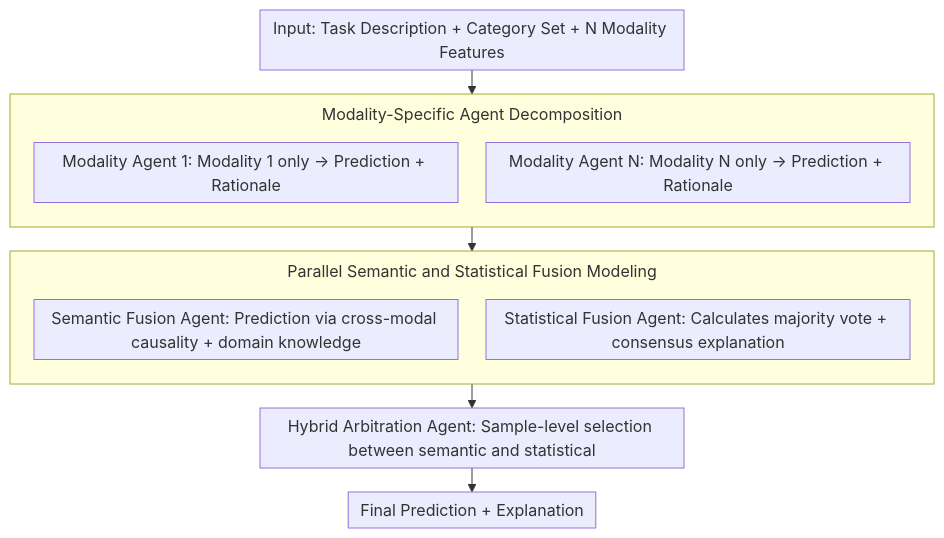
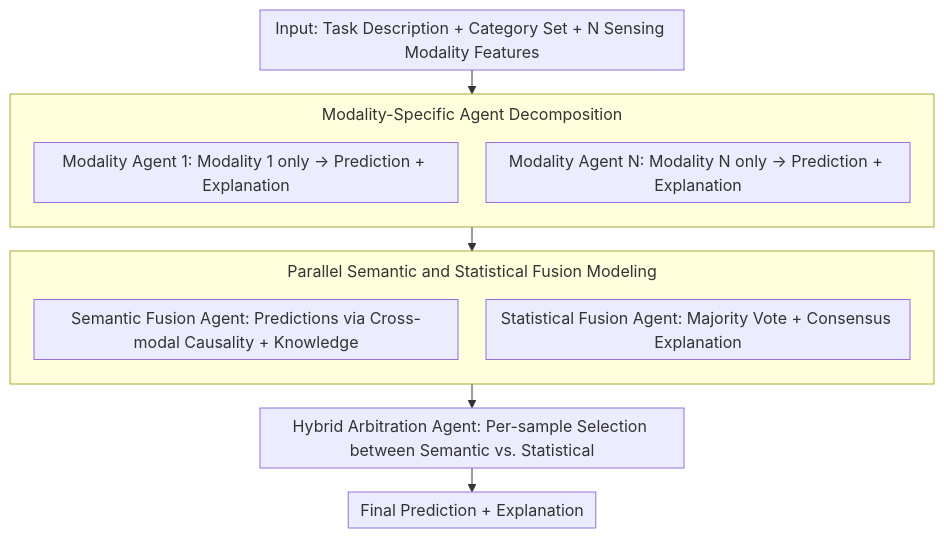
The diagram in docs/ACL2026/multi_agent/consensus_multi-agent_collaboration_for_multimodal_sensing.md (zhaoyang97/Paper-Notes-en), drawn with Mermaid before and after one commit. The commit also changed other lines of this file and 5084 other files, not shown here.

````diff
--- a/docs/ACL2026/multi_agent/consensus_multi-agent_collaboration_for_multimodal_sensing.md
+++ b/docs/ACL2026/multi_agent/consensus_multi-agent_collaboration_for_multimodal_sensing.md
@@ -44,19 +44,19 @@
 ```mermaid
 %%{init: {'flowchart': {'rankSpacing': 24, 'nodeSpacing': 28, 'padding': 6, 'wrappingWidth': 400, 'subGraphTitleMargin': {'top': 8, 'bottom': 16}}}}%%
 flowchart TD
-    A["Input: Task Description + Category Set + N Modality Features"]
+    A["Input: Task Description + Category Set + N Sensing Modality Features"]
     A --> M
     subgraph M["Modality-Specific Agent Decomposition"]
         direction TB
-        M1["Modality Agent 1: Modality 1 only → Prediction + Rationale"]
-        M2["Modality Agent N: Modality N only → Prediction + Rationale"]
+        M1["Modality Agent 1: Modality 1 only → Prediction + Explanation"]
+        M2["Modality Agent N: Modality N only → Prediction + Explanation"]
     end
     subgraph F["Parallel Semantic and Statistical Fusion Modeling"]
         direction TB
-        SEM["Semantic Fusion Agent: Prediction via cross-modal causality + domain knowledge"]
-        STAT["Statistical Fusion Agent: Calculates majority vote + consensus explanation"]
+        SEM["Semantic Fusion Agent: Predictions via Cross-modal Causality + Knowledge"]
+        STAT["Statistical Fusion Agent: Majority Vote + Consensus Explanation"]
     end
     M --> F
-    F --> HY["Hybrid Arbitration Agent: Sample-level selection between semantic and statistical"]
+    F --> HY["Hybrid Arbitration Agent: Per-sample Selection between Semantic vs. Statistical"]
     HY --> OUT["Final Prediction + Explanation"]
 ```
````
